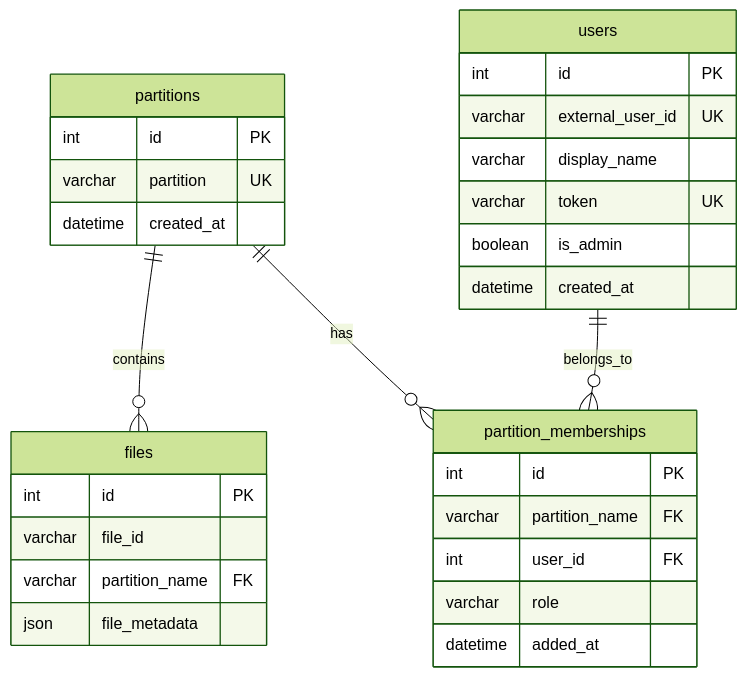
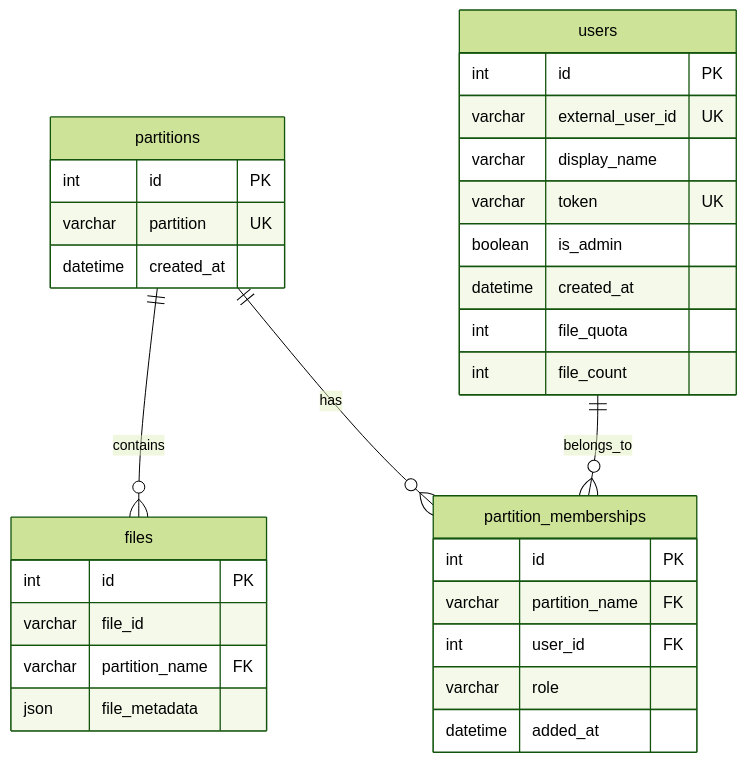
The first of 6 diagrams in docs/content/docs/documentation/data_model.md (IA-Generative/openrag), drawn with Mermaid (forest theme) before and after one commit. The commit also changed other lines of this file and 14 other files, not shown here.

````diff
--- a/docs/content/docs/documentation/data_model.md
+++ b/docs/content/docs/documentation/data_model.md
@@ -16,36 +16,38 @@
 ```mermaid
 erDiagram
     partitions ||--o{ files : contains
     partitions ||--o{ partition_memberships : has
     users ||--o{ partition_memberships : belongs_to
 
     partitions {
         int id PK
         varchar partition UK
         datetime created_at
     }
 
     files {
         int id PK
         varchar file_id
         varchar partition_name FK
         json file_metadata
     }
 
     users {
         int id PK
         varchar external_user_id UK
         varchar display_name
         varchar token UK
         boolean is_admin
         datetime created_at
+        int file_quota
+        int file_count
     }
 
     partition_memberships {
         int id PK
         varchar partition_name FK
         int user_id FK
         varchar role
         datetime added_at
     }
 ```
````
